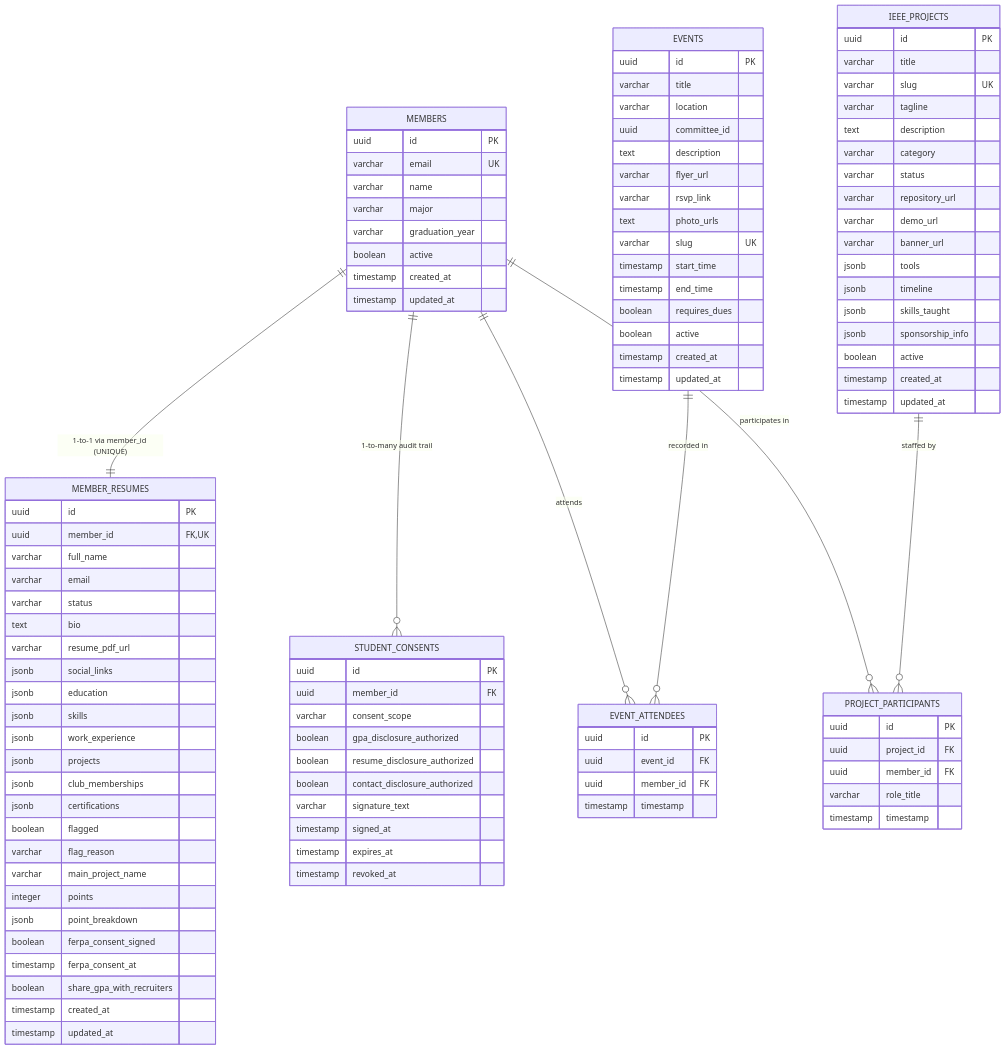
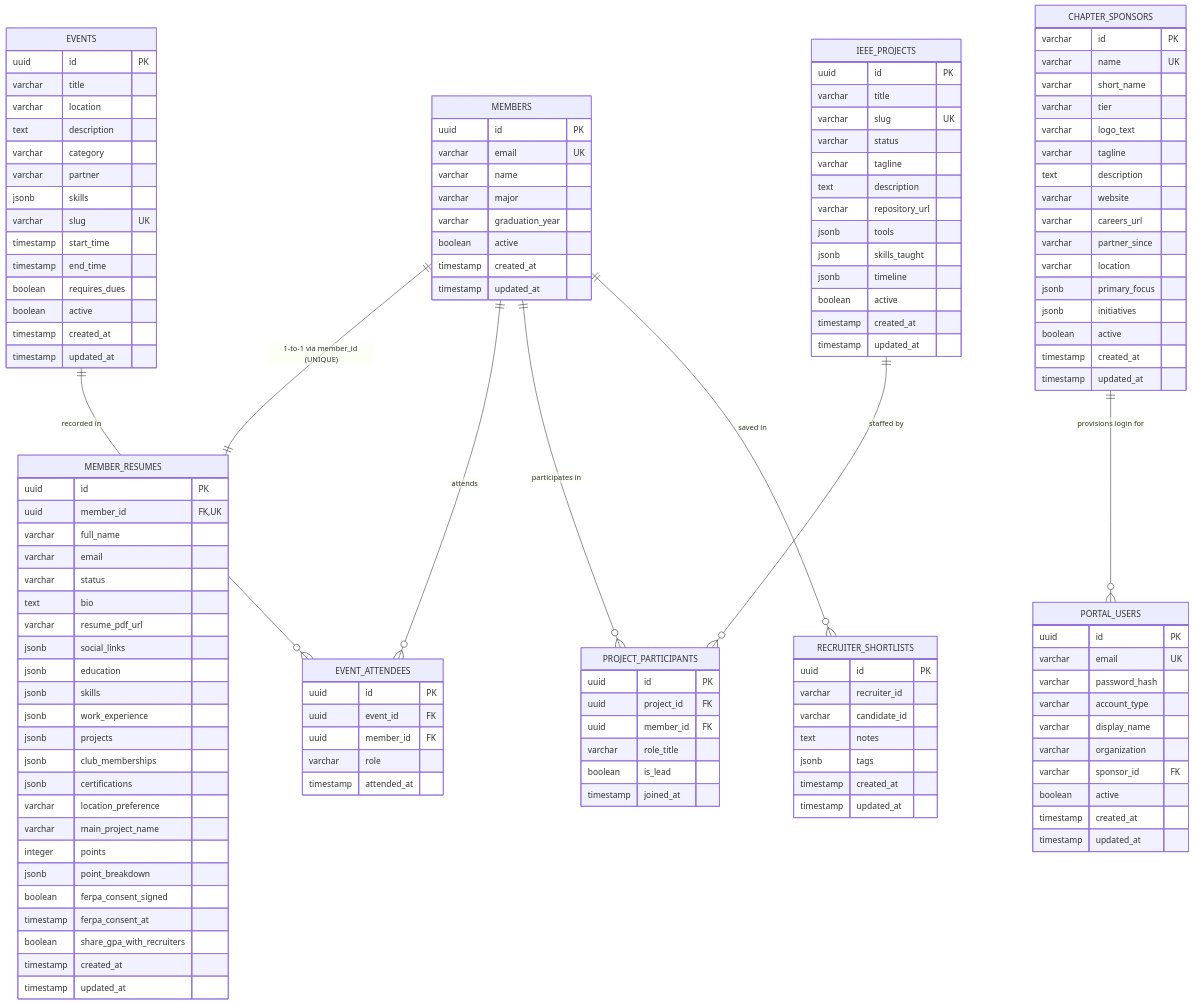
The diagram in docs/Data.md (TAvital04/Member-Catalog), drawn with Mermaid before and after one commit. The commit also changed other lines of this file and 35 other files, not shown here.

````diff
--- a/docs/Data.md
+++ b/docs/Data.md
@@ -21,11 +21,12 @@
 ```mermaid
 erDiagram
     MEMBERS ||--|| MEMBER_RESUMES : "1-to-1 via member_id (UNIQUE)"
-    MEMBERS ||--o{ STUDENT_CONSENTS : "1-to-many audit trail"
     MEMBERS ||--o{ EVENT_ATTENDEES : "attends"
     EVENTS ||--o{ EVENT_ATTENDEES : "recorded in"
     MEMBERS ||--o{ PROJECT_PARTICIPANTS : "participates in"
     IEEE_PROJECTS ||--o{ PROJECT_PARTICIPANTS : "staffed by"
+    MEMBERS ||--o{ RECRUITER_SHORTLISTS : "saved in"
+    CHAPTER_SPONSORS ||--o{ PORTAL_USERS : "provisions login for"
 
     MEMBERS {
         uuid id PK
@@ -53,8 +54,7 @@
         jsonb projects
         jsonb club_memberships
         jsonb certifications
-        boolean flagged
-        varchar flag_reason
+        varchar location_preference
         varchar main_project_name
         integer points
         jsonb point_breakdown
@@ -65,28 +65,14 @@
         timestamp updated_at
     }
 
-    STUDENT_CONSENTS {
-        uuid id PK
-        uuid member_id FK
-        varchar consent_scope
-        boolean gpa_disclosure_authorized
-        boolean resume_disclosure_authorized
-        boolean contact_disclosure_authorized
-        varchar signature_text
-        timestamp signed_at
-        timestamp expires_at
-        timestamp revoked_at
-    }
-
     EVENTS {
         uuid id PK
         varchar title
         varchar location
-        uuid committee_id
         text description
-        varchar flyer_url
-        varchar rsvp_link
-        text photo_urls
+        varchar category
+        varchar partner
+        jsonb skills
         varchar slug UK
         timestamp start_time
         timestamp end_time
@@ -100,24 +86,21 @@
         uuid id PK
         uuid event_id FK
         uuid member_id FK
-        timestamp timestamp
+        varchar role
+        timestamp attended_at
     }
 
     IEEE_PROJECTS {
         uuid id PK
         varchar title
         varchar slug UK
+        varchar status
         varchar tagline
         text description
-        varchar category
-        varchar status
         varchar repository_url
-        varchar demo_url
-        varchar banner_url
         jsonb tools
+        jsonb skills_taught
         jsonb timeline
-        jsonb skills_taught
-        jsonb sponsorship_info
         boolean active
         timestamp created_at
         timestamp updated_at
@@ -128,6 +111,49 @@
         uuid project_id FK
         uuid member_id FK
         varchar role_title
-        timestamp timestamp
+        boolean is_lead
+        timestamp joined_at
+    }
+
+    CHAPTER_SPONSORS {
+        varchar id PK
+        varchar name UK
+        varchar short_name
+        varchar tier
+        varchar logo_text
+        varchar tagline
+        text description
+        varchar website
+        varchar careers_url
+        varchar partner_since
+        varchar location
+        jsonb primary_focus
+        jsonb initiatives
+        boolean active
+        timestamp created_at
+        timestamp updated_at
+    }
+
+    RECRUITER_SHORTLISTS {
+        uuid id PK
+        varchar recruiter_id
+        varchar candidate_id
+        text notes
+        jsonb tags
+        timestamp created_at
+        timestamp updated_at
+    }
+
+    PORTAL_USERS {
+        uuid id PK
+        varchar email UK
+        varchar password_hash
+        varchar account_type
+        varchar display_name
+        varchar organization
+        varchar sponsor_id FK
+        boolean active
+        timestamp created_at
+        timestamp updated_at
     }
 ```
````
